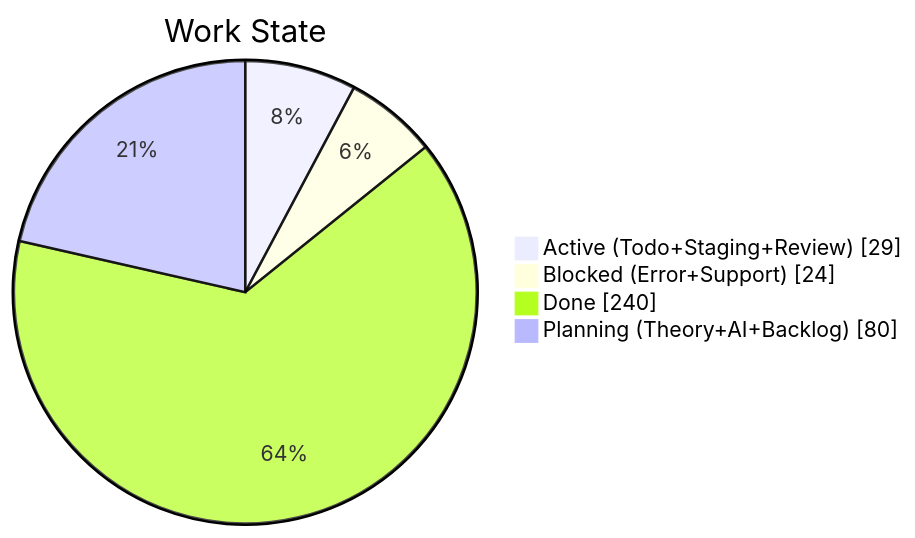
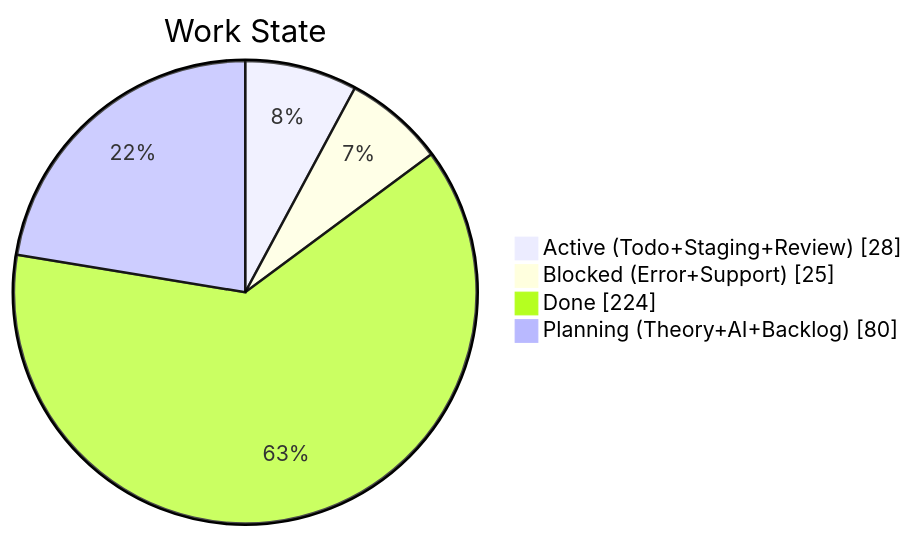
The second of 4 diagrams in apps/kbve/astro-kbve/src/content/docs/dashboard/kanban-data.mdx (KBVE/kbve), drawn with Mermaid before and after one commit. The commit also changed other lines of this file and 8 other files, not shown here.

````diff
--- a/apps/kbve/astro-kbve/src/content/docs/dashboard/kanban-data.mdx
+++ b/apps/kbve/astro-kbve/src/content/docs/dashboard/kanban-data.mdx
@@ -68,8 +68,8 @@
 ```mermaid
 pie showData
     title Work State
-    "Active (Todo+Staging+Review)" : 29
-    "Blocked (Error+Support)" : 24
-    "Done" : 240
+    "Active (Todo+Staging+Review)" : 28
+    "Blocked (Error+Support)" : 25
+    "Done" : 224
     "Planning (Theory+AI+Backlog)" : 80
 ```
````
